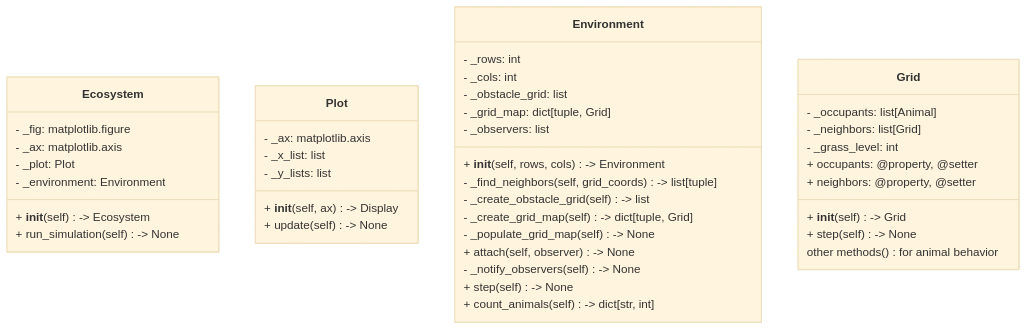
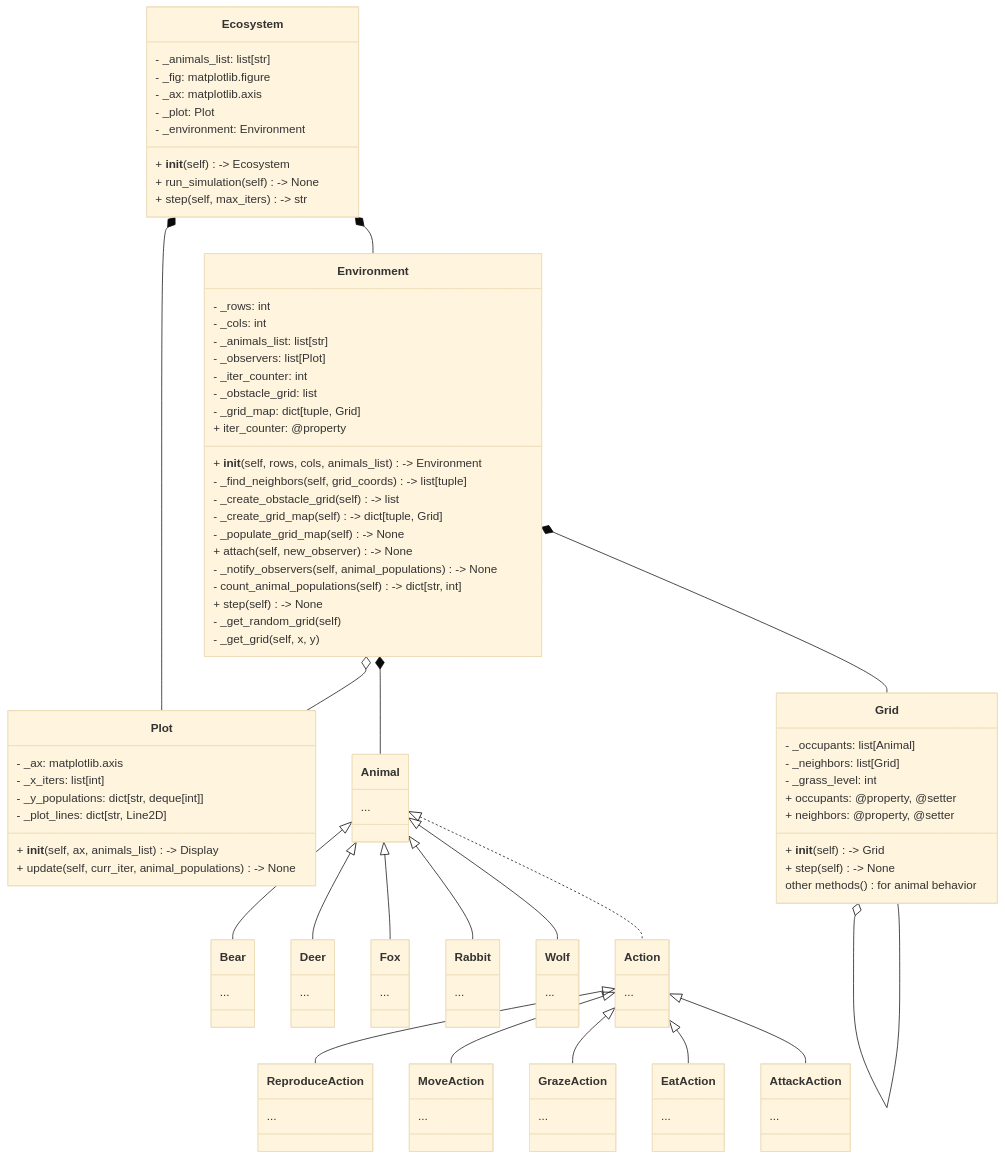
The diagram in README.md (jonathancsci/eco-sys-sim), drawn with Mermaid (base theme) before and after one commit.

Commit message:
Update UML

````diff
--- a/README.md
+++ b/README.md
@@ -4,6 +4,7 @@
 ```mermaid
 classDiagram
 class Ecosystem {
+    - _animals_list: list[str]
     - _fig: matplotlib.figure
     - _ax: matplotlib.axis
     - _plot: Plot
@@ -11,31 +12,38 @@
 
     + __init__(self) -> Ecosystem
     + run_simulation(self) -> None
+    + step(self, max_iters) -> str
 }
 class Plot {
     - _ax: matplotlib.axis
-    - _x_list: list
-    - _y_lists: list
+    - _x_iters: list[int]
+    - _y_populations: dict[str, deque[int]]
+    - _plot_lines: dict[str, Line2D]
 
-    + __init__(self, ax) -> Display
-    + update(self) -> None
+    + __init__(self, ax, animals_list) -> Display
+    + update(self, curr_iter, animal_populations) -> None
 }
 class Environment {
     - _rows: int
     - _cols: int
+    - _animals_list: list[str]
+    - _observers: list[Plot]
+    - _iter_counter: int
     - _obstacle_grid: list
     - _grid_map: dict[tuple, Grid]
-    - _observers: list
+    + iter_counter: @property
 
-    + __init__(self, rows, cols) -> Environment
+    + __init__(self, rows, cols, animals_list) -> Environment
     - _find_neighbors(self, grid_coords) -> list[tuple]
     - _create_obstacle_grid(self) -> list
     - _create_grid_map(self) -> dict[tuple, Grid]
     - _populate_grid_map(self) -> None
-    + attach(self, observer) -> None
-    - _notify_observers(self) -> None
+    + attach(self, new_observer) -> None
+    - _notify_observers(self, animal_populations) -> None
+    - count_animal_populations(self) -> dict[str, int]
     + step(self) -> None
-    + count_animals(self) -> dict[str, int]
+    - _get_random_grid(self)
+    - _get_grid(self, x, y)
 }
 class Grid {
     - _occupants: list[Animal]
@@ -49,4 +57,75 @@
     other methods() for animal behavior
 }
 
+class Animal {
+    ...
+}
+
+class Bear {
+    ...
+}
+
+class Deer {
+    ...
+}
+
+class Fox {
+    ...
+}
+
+class Rabbit {
+    ...
+}
+
+class Wolf {
+    ...
+}
+
+class Action {
+    ...
+}
+
+class AttackAction {
+    ...
+}
+
+class EatAction {
+    ...
+}
+
+class GrazeAction {
+    ...
+}
+
+class MoveAction {
+    ...
+}
+
+class ReproduceAction {
+    ...
+}
+
+Ecosystem *-- Plot
+Ecosystem *-- Environment
+
+Environment *-- Grid
+Environment o-- Plot
+Environment *-- Animal
+
+Grid o-- Grid
+
+Animal <|.. Action
+
+Animal <|-- Bear
+Animal <|-- Deer
+Animal <|-- Fox
+Animal <|-- Rabbit
+Animal <|-- Wolf
+
+Action <|-- AttackAction
+Action <|-- EatAction
+Action <|-- GrazeAction
+Action <|-- MoveAction
+Action <|-- ReproduceAction
+
 ```
````
